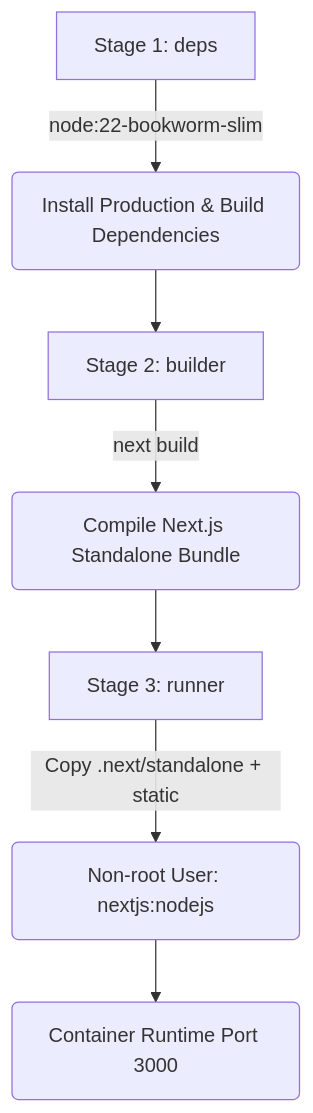
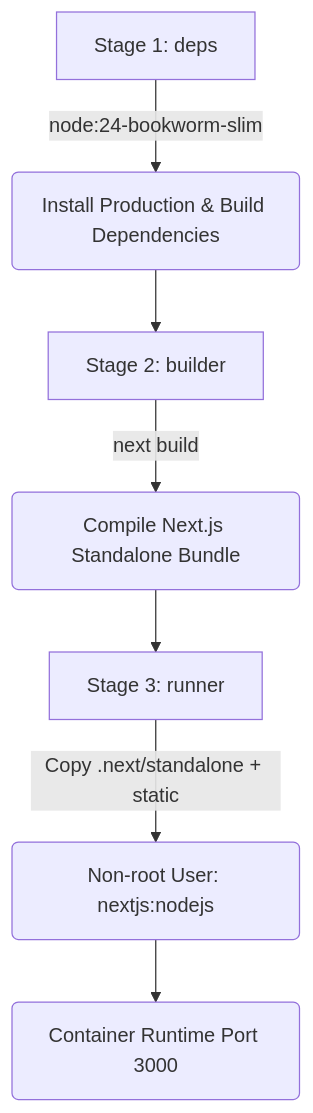
One commit to ASstyles/TalentAI changed the diagram in docs/DOCKER_DEPLOYMENT_GUIDE.md. Above: the diagram before and after it, drawn with Mermaid. The commit also changed other lines of this file and 9 other files, not shown here.

````diff
--- a/docs/DOCKER_DEPLOYMENT_GUIDE.md
+++ b/docs/DOCKER_DEPLOYMENT_GUIDE.md
@@ -15,9 +15,9 @@
 ```mermaid
 flowchart TD
-    A[Stage 1: deps] -->|node:22-bookworm-slim| B(Install Production & Build Dependencies)
+    A[Stage 1: deps] -->|node:24-bookworm-slim| B(Install Production & Build Dependencies)
     B --> C[Stage 2: builder]
     C -->|next build| D(Compile Next.js Standalone Bundle)
     D --> E[Stage 3: runner]
     E -->|Copy .next/standalone + static| F(Non-root User: nextjs:nodejs)
     F --> G(Container Runtime Port 3000)
 ```
````
